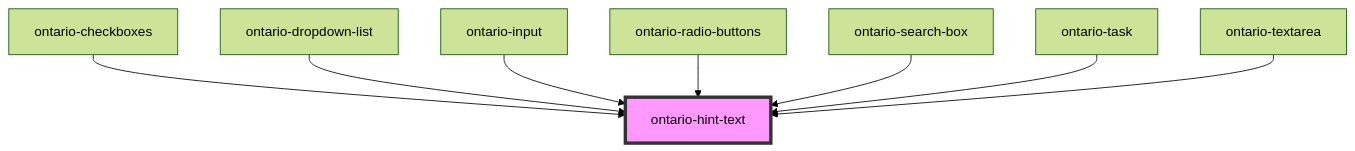
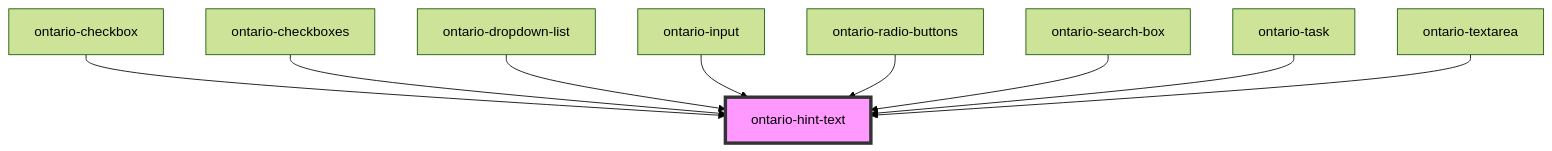
One commit to ongov/ontario-design-system changed the diagram in packages/ontario-design-system-component-library/src/components/ontario-hint-text/readme.md. Above: the diagram before and after it, drawn with Mermaid (forest theme). The commit also changed other lines of this file and 1 other file, not shown here.

First line of the commit message:
docs(checkbox): regenerate hint-text and hint-expander readmes

````diff
--- a/packages/ontario-design-system-component-library/src/components/ontario-hint-text/readme.md
+++ b/packages/ontario-design-system-component-library/src/components/ontario-hint-text/readme.md
@@ -188,11 +189,12 @@
 ```mermaid
 graph TD;
+  ontario-checkbox --> ontario-hint-text
   ontario-checkboxes --> ontario-hint-text
   ontario-dropdown-list --> ontario-hint-text
   ontario-input --> ontario-hint-text
   ontario-radio-buttons --> ontario-hint-text
   ontario-search-box --> ontario-hint-text
   ontario-task --> ontario-hint-text
   ontario-textarea --> ontario-hint-text
   style ontario-hint-text fill:#f9f,stroke:#333,stroke-width:4px
 ```
````
